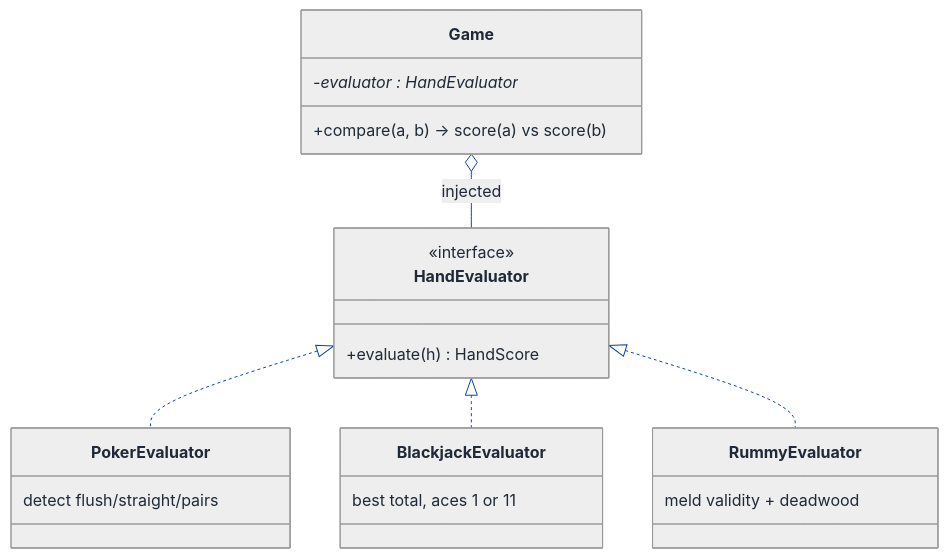
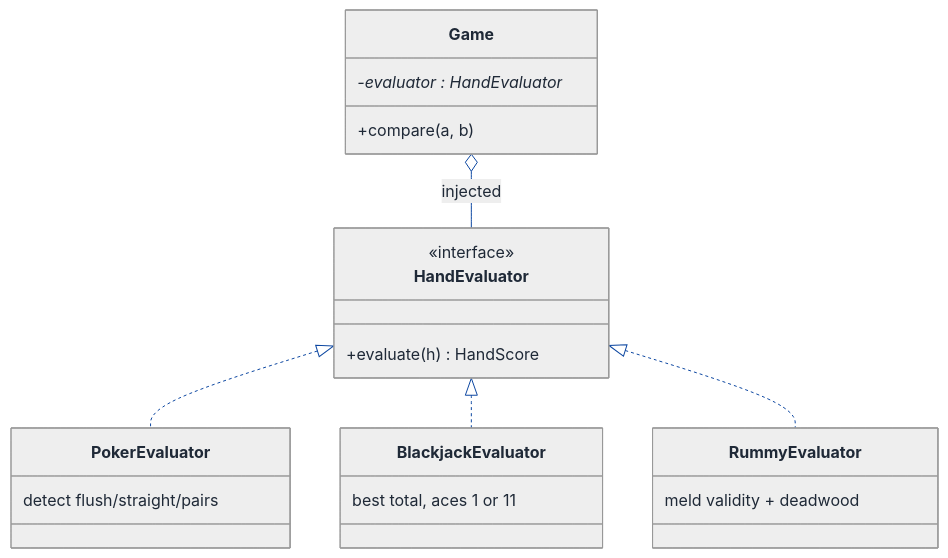
The second of 5 diagrams in LLD/Topics/Strategy_Pattern/Deck_Of_Cards.md (Prateek-5/question-bank), drawn with Mermaid before and after one commit. The commit also changed 61 other files, not shown here.

First line of the commit message:
Fix invalid mermaid classDiagram member syntax across LLD walkthroughs

````diff
--- a/LLD/Topics/Strategy_Pattern/Deck_Of_Cards.md
+++ b/LLD/Topics/Strategy_Pattern/Deck_Of_Cards.md
@@ -393,57 +393,57 @@
 ```mermaid
 ---
 config:
   theme: neutral
   themeVariables:
     background: '#ffffff'
     primaryColor: '#cfe2ff'
     primaryTextColor: '#1f2937'
     primaryBorderColor: '#084298'
     secondaryColor: '#fff3cd'
     secondaryTextColor: '#1f2937'
     secondaryBorderColor: '#664d03'
     tertiaryColor: '#d1e7dd'
     tertiaryTextColor: '#1f2937'
     tertiaryBorderColor: '#0a3622'
     lineColor: '#0d47a1'
     textColor: '#1f2937'
     noteBkgColor: '#fff3cd'
     noteTextColor: '#1f2937'
     noteBorderColor: '#997404'
     actorBkg: '#cfe2ff'
     actorBorder: '#084298'
     actorTextColor: '#1f2937'
     signalColor: '#0d47a1'
     signalTextColor: '#1f2937'
     labelBoxBkgColor: '#ffffff'
     labelBoxBorderColor: '#d3d3d3'
     labelTextColor: '#1f2937'
     edgeLabelBackground: '#ffffff'
     labelBackground: '#ffffff'
     classText: '#1f2937'
     fontFamily: 'system-ui, -apple-system, Segoe UI, Helvetica, Arial, sans-serif'
 ---
 classDiagram
   direction TB
   class Game {
     -evaluator : HandEvaluator*
-    +compare(a, b) → score(a) vs score(b)
+    +compare(a, b)
   }
   class HandEvaluator {
     <<interface>>
     +evaluate(h) HandScore
   }
   class PokerEvaluator {
     detect flush/straight/pairs
   }
   class BlackjackEvaluator {
     best total, aces 1 or 11
   }
   class RummyEvaluator {
     meld validity + deadwood
   }
   Game o-- HandEvaluator : injected
   HandEvaluator <|.. PokerEvaluator
   HandEvaluator <|.. BlackjackEvaluator
   HandEvaluator <|.. RummyEvaluator
 ```
````
